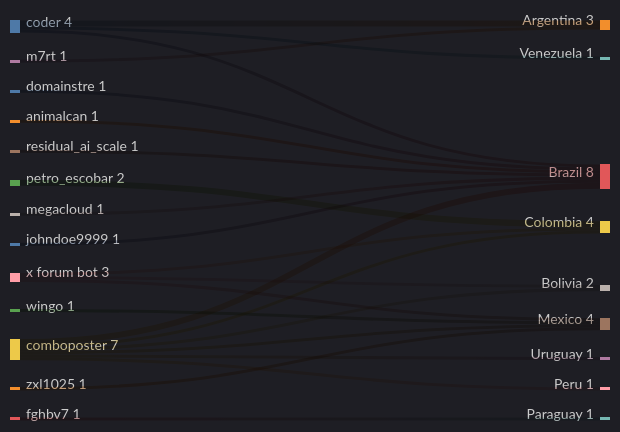
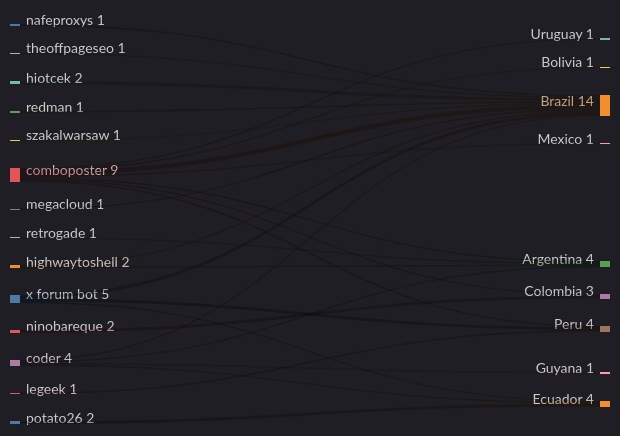
One commit to ZoqueLabs/website changed the fifth of 5 diagrams in exfiltradaz.md. Above: the diagram before and after it, drawn with Mermaid. The commit also changed other lines of this file, not shown here.

````diff
--- a/exfiltradaz.md
+++ b/exfiltradaz.md
@@ -159,29 +159,33 @@
 ```mermaid
 ---
 config:
   theme: dark
 ---
 sankey-beta
-  coder,Argentina,2
+  nafeproxys,Brazil,1
+  comboposter,Uruguay,1
+  comboposter,Brazil,3
+  comboposter,Argentina,1
+  comboposter,Bolivia,1
+  comboposter,Colombia,1
+  comboposter,Mexico,1
+  comboposter,Peru,1
+  theoffpageseo,Brazil,1
+  x forum bot,Peru,2
+  x forum bot,Brazil,2
+  x forum bot,Ecuador,1
+  legeek,Peru,1
+  hiotcek,Brazil,2
+  redman,Brazil,1
+  szakalwarsaw,Brazil,1
+  coder,Guyana,1
+  coder,Ecuador,1
+  coder,Argentina,1
   coder,Brazil,1
-  coder,Venezuela,1
-  petro_escobar,Colombia,2
-  m7rt,Argentina,1
-  x forum bot,Mexico,1
-  x forum bot,Colombia,1
-  x forum bot,Bolivia,1
-  domainstre,Brazil,1
-  animalcan,Brazil,1
-  fghbv7,Paraguay,1
-  wingo,Mexico,1
-  comboposter,Uruguay,1
-  comboposter,Brazil,2
-  comboposter,Peru,1
-  comboposter,Mexico,1
-  comboposter,Colombia,1
-  comboposter,Bolivia,1
-  residual_ai_scale,Brazil,1
   megacloud,Brazil,1
-  johndoe9999,Brazil,1
-  zxl1025,Mexico,1
+  retrogade,Argentina,1
+  potato26,Ecuador,2
+  highwaytoshell,Brazil,1
+  highwaytoshell,Argentina,1
+  ninobareque,Colombia,2
 ```
````
